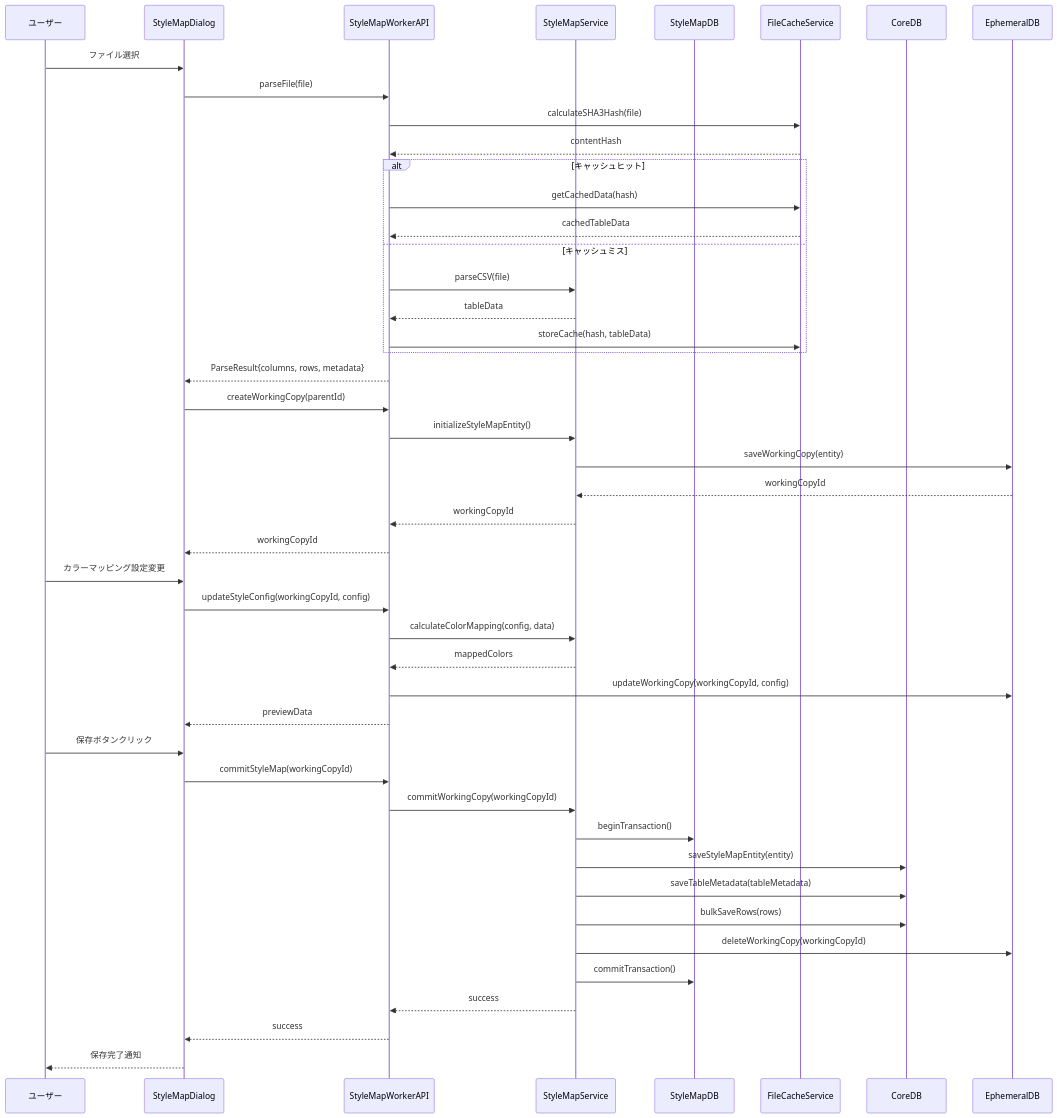
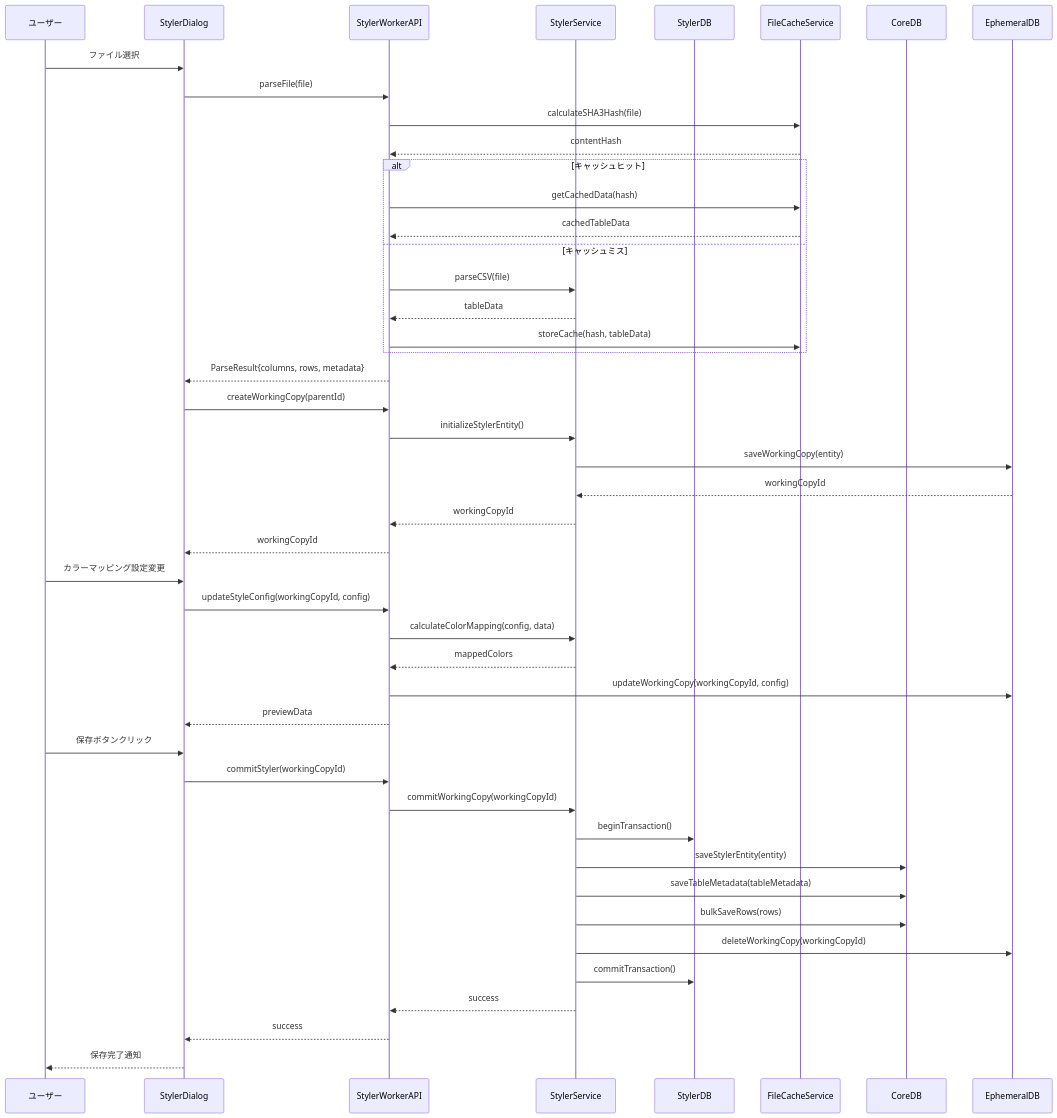
The second of 10 diagrams in docs/deprecated/REPORT/design/plugin-stylemap/dataflow.md (kubohiroya/hierarchidb), drawn with Mermaid before and after one commit. The commit also changed other lines of this file and 267 other files, not shown here.

````diff
--- a/docs/deprecated/REPORT/design/plugin-stylemap/dataflow.md
+++ b/docs/deprecated/REPORT/design/plugin-stylemap/dataflow.md
@@ -57,60 +57,60 @@
 ```mermaid
 sequenceDiagram
     participant U as ユーザー
-    participant UI as StyleMapDialog
-    participant W as StyleMapWorkerAPI
-    participant S as StyleMapService
-    participant DB as StyleMapDB
+    participant UI as StylerDialog
+    participant W as StylerWorkerAPI
+    participant S as StylerService
+    participant DB as StylerDB
     participant Cache as FileCacheService
     participant CoreDB as CoreDB
     participant EDB as EphemeralDB
 
     %% ファイルアップロード
     U->>UI: ファイル選択
     UI->>W: parseFile(file)
     W->>Cache: calculateSHA3Hash(file)
     Cache-->>W: contentHash
     
     alt キャッシュヒット
         W->>Cache: getCachedData(hash)
         Cache-->>W: cachedTableData
     else キャッシュミス
         W->>S: parseCSV(file)
         S-->>W: tableData
         W->>Cache: storeCache(hash, tableData)
     end
     
     W-->>UI: ParseResult{columns, rows, metadata}
     
     %% 作業コピー作成
     UI->>W: createWorkingCopy(parentId)
-    W->>S: initializeStyleMapEntity()
+    W->>S: initializeStylerEntity()
     S->>EDB: saveWorkingCopy(entity)
     EDB-->>S: workingCopyId
     S-->>W: workingCopyId
     W-->>UI: workingCopyId
 
     %% カラーマッピング設定
     U->>UI: カラーマッピング設定変更
     UI->>W: updateStyleConfig(workingCopyId, config)
     W->>S: calculateColorMapping(config, data)
     S-->>W: mappedColors
     W->>EDB: updateWorkingCopy(workingCopyId, config)
     W-->>UI: previewData
 
     %% 保存処理
     U->>UI: 保存ボタンクリック
-    UI->>W: commitStyleMap(workingCopyId)
+    UI->>W: commitStyler(workingCopyId)
     W->>S: commitWorkingCopy(workingCopyId)
     
     S->>DB: beginTransaction()
-    S->>CoreDB: saveStyleMapEntity(entity)
+    S->>CoreDB: saveStylerEntity(entity)
     S->>CoreDB: saveTableMetadata(tableMetadata)
     S->>CoreDB: bulkSaveRows(rows)
     S->>EDB: deleteWorkingCopy(workingCopyId)
     S->>DB: commitTransaction()
     
     S-->>W: success
     W-->>UI: success
     UI-->>U: 保存完了通知
 ```
````
